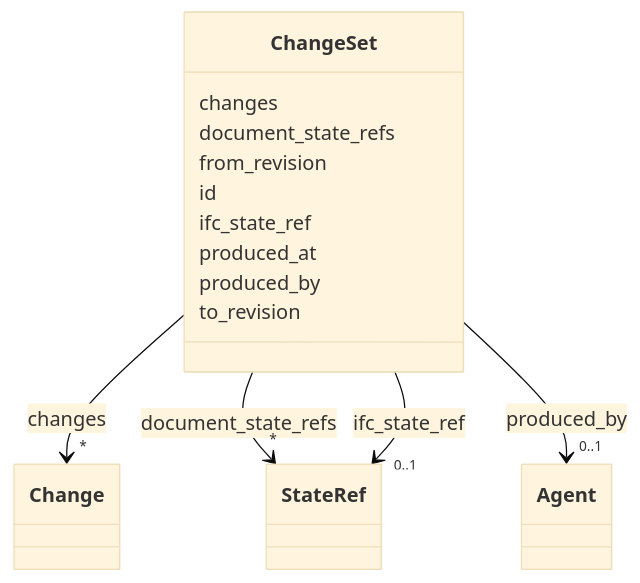
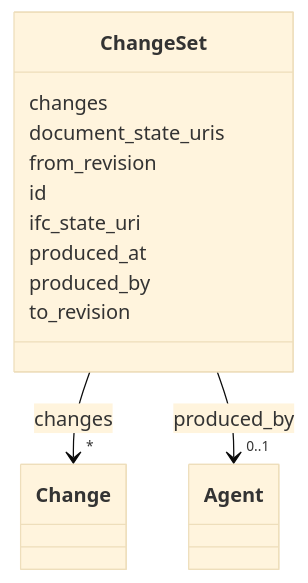
One commit to simondilhas/pragmatic-bim-schema changed the diagram in site/schema/ChangeSet.md. Above: the diagram before and after it, drawn with Mermaid (base theme). The commit also changed other lines of this file and 443 other files, not shown here.

````diff
--- a/site/schema/ChangeSet.md
+++ b/site/schema/ChangeSet.md
@@ -25,21 +25,17 @@
 ```mermaid
  classDiagram
     class ChangeSet
     click ChangeSet href "./ChangeSet.html"
       ChangeSet : changes
         ChangeSet --> "*" Change : changes
         click Change href "./Change.html"
-      ChangeSet : document_state_refs
-        ChangeSet --> "*" StateRef : document_state_refs
-        click StateRef href "./StateRef.html"
+      ChangeSet : document_state_uris
       ChangeSet : from_revision
       ChangeSet : id
-      ChangeSet : ifc_state_ref
-        ChangeSet --> "0..1" StateRef : ifc_state_ref
-        click StateRef href "./StateRef.html"
+      ChangeSet : ifc_state_uri
       ChangeSet : produced_at
       ChangeSet : produced_by
         ChangeSet --> "0..1" Agent : produced_by
         click Agent href "./Agent.html"
       ChangeSet : to_revision
 ```
````
